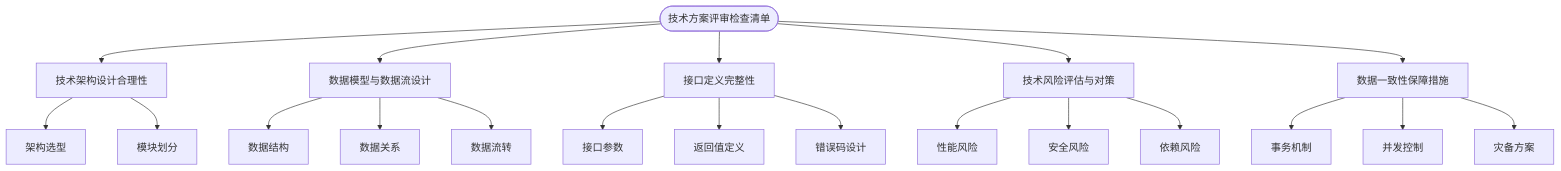
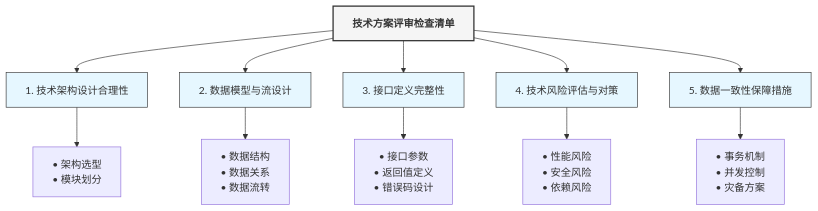
Before and after one commit to Taskon-xyz/PR: the fourth of 11 diagrams in 开发流程图.md, drawn with Mermaid. The commit also changed other lines of this file and 1 other file, not shown here.

````diff
--- a/开发流程图.md
+++ b/开发流程图.md
@@ -119,27 +107,22 @@
 ```mermaid
-graph TD
-    Tech_Check(["技术方案评审检查清单"]) --> D1["技术架构设计合理性"]
-    Tech_Check --> D2["数据模型与数据流设计"]
-    Tech_Check --> D3["接口定义完整性"]
-    Tech_Check --> D4["技术风险评估与对策"]
-    Tech_Check --> D5["数据一致性保障措施"]
+graph TB
+    classDef mainNode fill:#f5f5f5,stroke:#333,stroke-width:2px,color:#333,font-weight:bold
+    classDef subNode fill:#e6f7ff,stroke:#333,stroke-width:1px
     
-    D1 --> D1_1["架构选型"]
-    D1 --> D1_2["模块划分"]
+    Tech_Check["技术方案评审检查清单"]
     
-    D2 --> D2_1["数据结构"]
-    D2 --> D2_2["数据关系"]
-    D2 --> D2_3["数据流转"]
+    Tech_Check --> Arch["1. 技术架构设计合理性"]
+    Tech_Check --> DataModel["2. 数据模型与流设计"]
+    Tech_Check --> API["3. 接口定义完整性"]
+    Tech_Check --> Risk["4. 技术风险评估与对策"]
+    Tech_Check --> DataConsistency["5. 数据一致性保障措施"]
     
-    D3 --> D3_1["接口参数"]
-    D3 --> D3_2["返回值定义"]
-    D3 --> D3_3["错误码设计"]
+    Arch --> Arch1["• 架构选型<br>• 模块划分"]
+    DataModel --> DataModel1["• 数据结构<br>• 数据关系<br>• 数据流转"]
+    API --> API1["• 接口参数<br>• 返回值定义<br>• 错误码设计"]
+    Risk --> Risk1["• 性能风险<br>• 安全风险<br>• 依赖风险"]
+    DataConsistency --> DC1["• 事务机制<br>• 并发控制<br>• 灾备方案"]
     
-    D4 --> D4_1["性能风险"]
-    D4 --> D4_2["安全风险"]
-    D4 --> D4_3["依赖风险"]
-    
-    D5 --> D5_1["事务机制"]
-    D5 --> D5_2["并发控制"]
-    D5 --> D5_3["灾备方案"]
+    class Tech_Check mainNode
+    class Arch,DataModel,API,Risk,DataConsistency subNode
 ```
````
